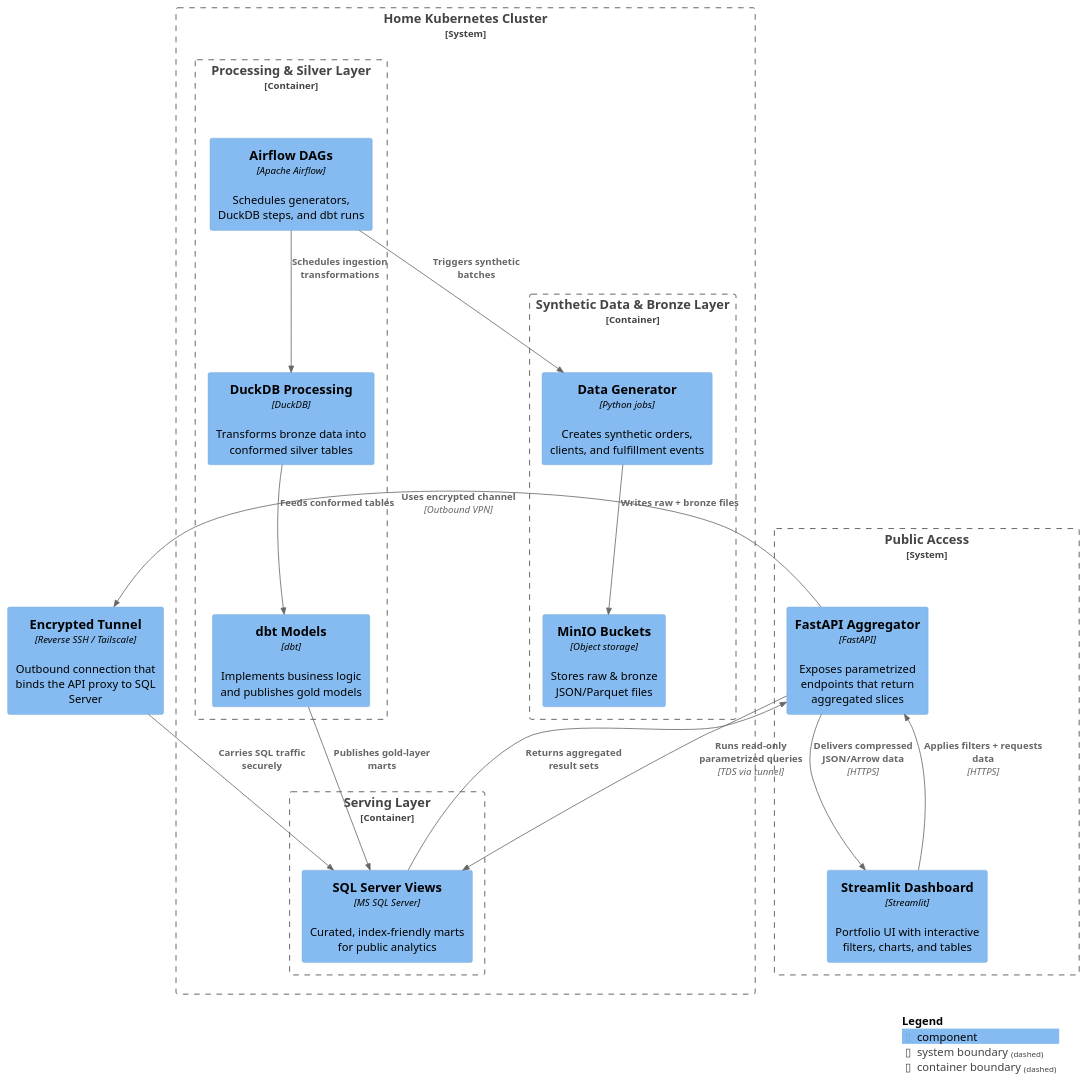
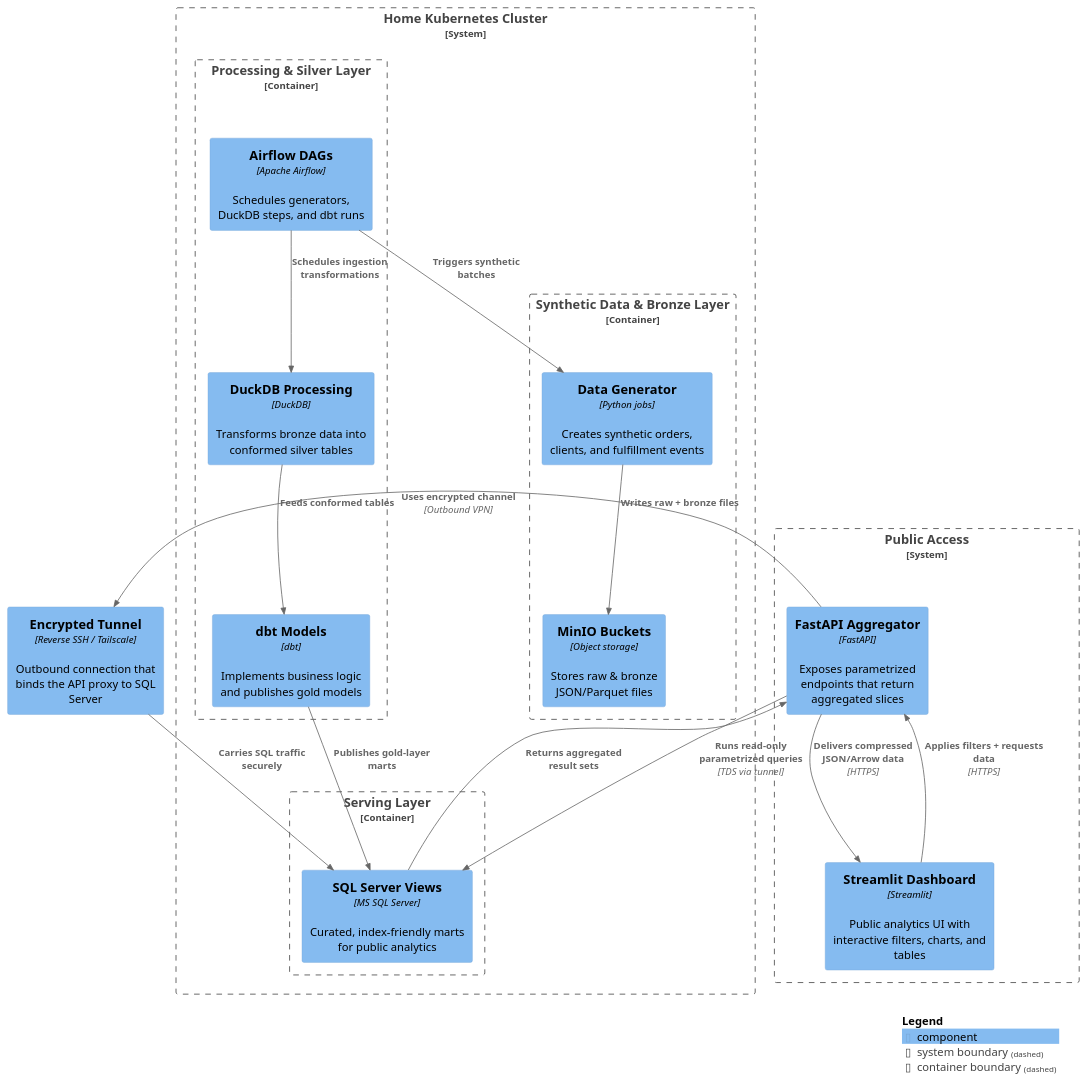
One commit to AntonMiniazev/bohr_project changed the diagram in docs/diagrams/workflow.puml. Above: the diagram before and after it, drawn with PlantUML. The commit also changed 3 other files, not shown here.

Commit message:
Updated diagrams

```diff
--- a/docs/diagrams/workflow.puml
+++ b/docs/diagrams/workflow.puml
@@ -1,43 +1,43 @@
 @startuml Workflow
 !includeurl https://raw.githubusercontent.com/plantuml-stdlib/C4-PlantUML/master/C4_Component.puml
 LAYOUT_WITH_LEGEND()
 HIDE_STEREOTYPE()
 
 System_Boundary(home, "Home Kubernetes Cluster") {
     Container_Boundary(bronze, "Synthetic Data & Bronze Layer") {
         Component(dataScripts, "Data Generator", "Python jobs", "Creates synthetic orders, clients, and fulfillment events")
         Component(minioStore, "MinIO Buckets", "Object storage", "Stores raw & bronze JSON/Parquet files")
     }
 
     Container_Boundary(silver, "Processing & Silver Layer") {
         Component(airflowOrch, "Airflow DAGs", "Apache Airflow", "Schedules generators, DuckDB steps, and dbt runs")
         Component(duckdbStage, "DuckDB Processing", "DuckDB", "Transforms bronze data into conformed silver tables")
         Component(dbtModels, "dbt Models", "dbt", "Implements business logic and publishes gold models")
     }
 
     Container_Boundary(gold, "Serving Layer") {
         Component(sqlGold, "SQL Server Views", "MS SQL Server", "Curated, index-friendly marts for public analytics")
     }
 }
 
 System_Boundary(publicLayer, "Public Access") {
     Component(apiLayer, "FastAPI Aggregator", "FastAPI", "Exposes parametrized endpoints that return aggregated slices")
-    Component(streamlitUi, "Streamlit Dashboard", "Streamlit", "Portfolio UI with interactive filters, charts, and tables")
+    Component(streamlitUi, "Streamlit Dashboard", "Streamlit", "Public analytics UI with interactive filters, charts, and tables")
 }
 
 Component(tunnelLink, "Encrypted Tunnel", "Reverse SSH / Tailscale", "Outbound connection that binds the API proxy to SQL Server")
 
 Rel(airflowOrch, dataScripts, "Triggers synthetic batches")
 Rel(dataScripts, minioStore, "Writes raw + bronze files")
 Rel(airflowOrch, duckdbStage, "Schedules ingestion transformations")
 Rel(duckdbStage, dbtModels, "Feeds conformed tables")
 Rel(dbtModels, sqlGold, "Publishes gold-layer marts")
 Rel(apiLayer, sqlGold, "Runs read-only parametrized queries", "TDS via tunnel")
 Rel(sqlGold, apiLayer, "Returns aggregated result sets")
 Rel(apiLayer, streamlitUi, "Delivers compressed JSON/Arrow data", "HTTPS")
 Rel(streamlitUi, apiLayer, "Applies filters + requests data", "HTTPS")
 Rel(apiLayer, tunnelLink, "Uses encrypted channel", "Outbound VPN")
 Rel(tunnelLink, sqlGold, "Carries SQL traffic securely")
 
 SHOW_LEGEND()
 @enduml
```
